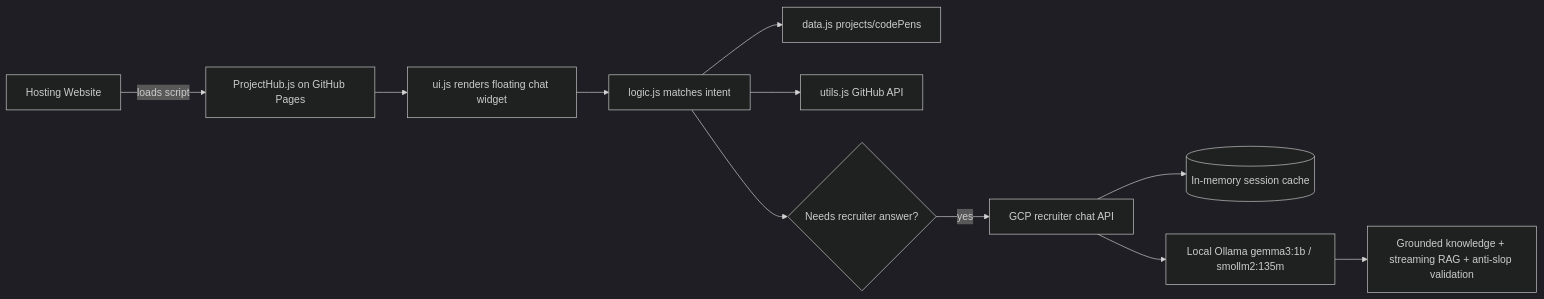
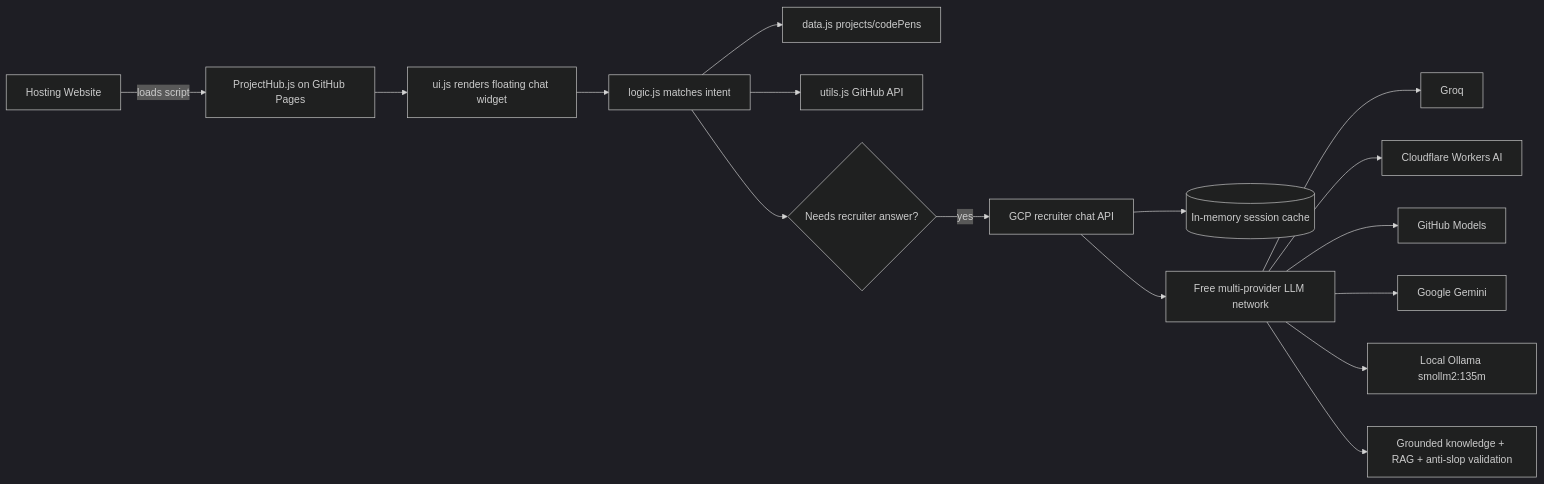
The diagram in docs/architecture-overview.md (BradleyMatera/ProjectHub), drawn with Mermaid (dark theme) before and after one commit. The commit also changed other lines of this file and 11 other files, not shown here.

First line of the commit message:
Modern public site, README, and docs for the free multi-provider network

````diff
--- a/docs/architecture-overview.md
+++ b/docs/architecture-overview.md
@@ -9,13 +9,18 @@
 ```mermaid
 flowchart LR
     A[Hosting Website] -- loads script --> B[ProjectHub.js on GitHub Pages]
     B --> C[ui.js renders floating chat widget]
     C --> D[logic.js matches intent]
     D --> E[data.js projects/codePens]
     D --> F[utils.js GitHub API]
     D --> G{Needs recruiter answer?}
     G -- yes --> H[GCP recruiter chat API]
     H --> M[(In-memory session cache)]
-    H --> J[Local Ollama gemma3:1b / smollm2:135m]
-    J --> K[Grounded knowledge + streaming RAG + anti-slop validation]
+    H --> I[Free multi-provider LLM network]
+    I --> J1[Groq]
+    I --> J2[Cloudflare Workers AI]
+    I --> J3[GitHub Models]
+    I --> J4[Google Gemini]
+    I --> J5[Local Ollama smollm2:135m]
+    I --> K[Grounded knowledge + RAG + anti-slop validation]
 ```
````
